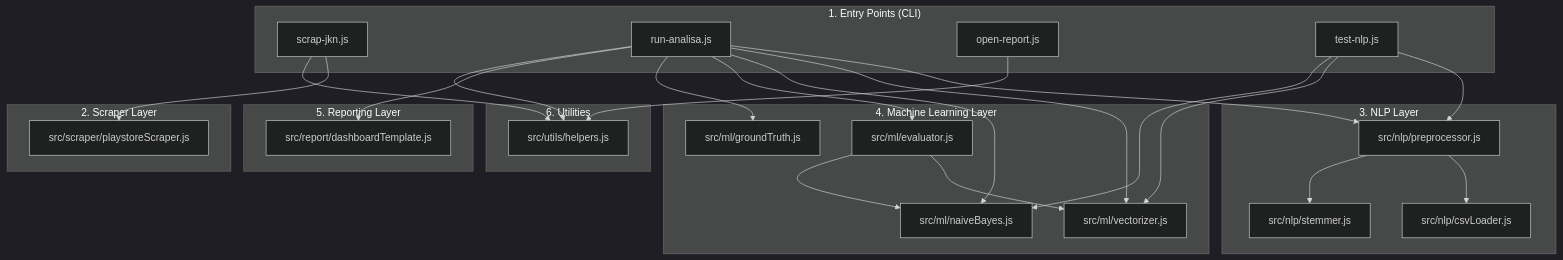
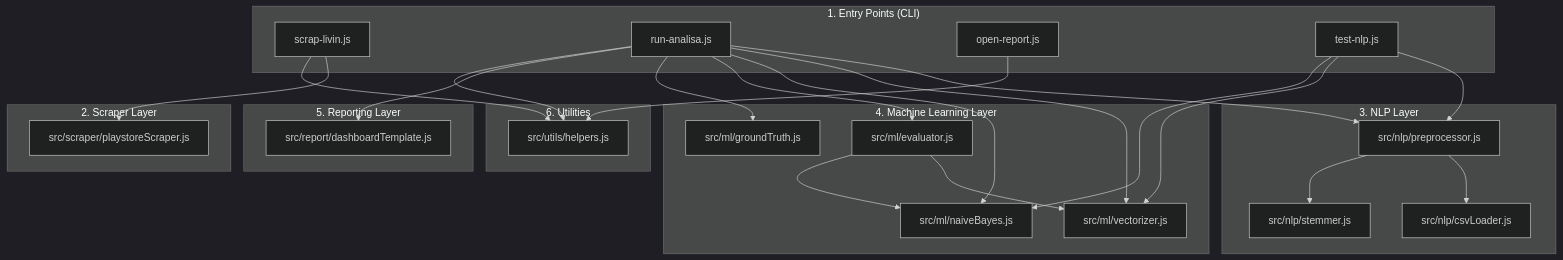
The diagram in docs/09_dokumentasi_kode_dan_script.md (presidendjakarta/Binus-s2-Business-Intelligence-and-Analytics-TK), drawn with Mermaid (dark theme) before and after one commit. The commit also changed other lines of this file and 57 other files, not shown here.

````diff
--- a/docs/09_dokumentasi_kode_dan_script.md
+++ b/docs/09_dokumentasi_kode_dan_script.md
@@ -36,57 +36,57 @@
 ```mermaid
 flowchart TD
     subgraph CLI_EntryPoints ["1. Entry Points (CLI)"]
-        ScrapCLI["scrap-jkn.js"]
+        ScrapCLI["scrap-livin.js"]
         MainCLI["run-analisa.js"]
         OpenCLI["open-report.js"]
         TestCLI["test-nlp.js"]
     end
 
     subgraph Scraper_Module ["2. Scraper Layer"]
         Scraper["src/scraper/playstoreScraper.js"]
     end
 
     subgraph NLP_Module ["3. NLP Layer"]
         Loader["src/nlp/csvLoader.js"]
         Stemmer["src/nlp/stemmer.js"]
         Preproc["src/nlp/preprocessor.js"]
     end
 
     subgraph ML_Module ["4. Machine Learning Layer"]
         GT["src/ml/groundTruth.js"]
         Vect["src/ml/vectorizer.js"]
         NB["src/ml/naiveBayes.js"]
         Eval["src/ml/evaluator.js"]
     end
 
     subgraph Report_Module ["5. Reporting Layer"]
         Tpl["src/report/dashboardTemplate.js"]
     end
 
     subgraph Utils_Module ["6. Utilities"]
         Help["src/utils/helpers.js"]
     end
 
     ScrapCLI --> Scraper
     ScrapCLI --> Help
     
     MainCLI --> Preproc
     MainCLI --> Vect
     MainCLI --> NB
     MainCLI --> Eval
     MainCLI --> GT
     MainCLI --> Tpl
     MainCLI --> Help
 
     OpenCLI --> Help
     
     TestCLI --> Preproc
     TestCLI --> Vect
     TestCLI --> NB
 
     Preproc --> Loader
     Preproc --> Stemmer
 
     Eval --> Vect
     Eval --> NB
 ```
````
